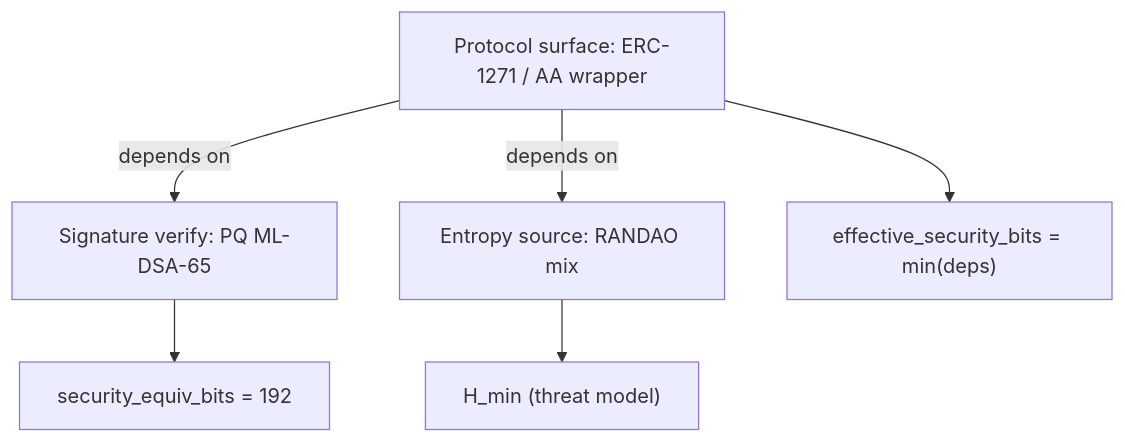
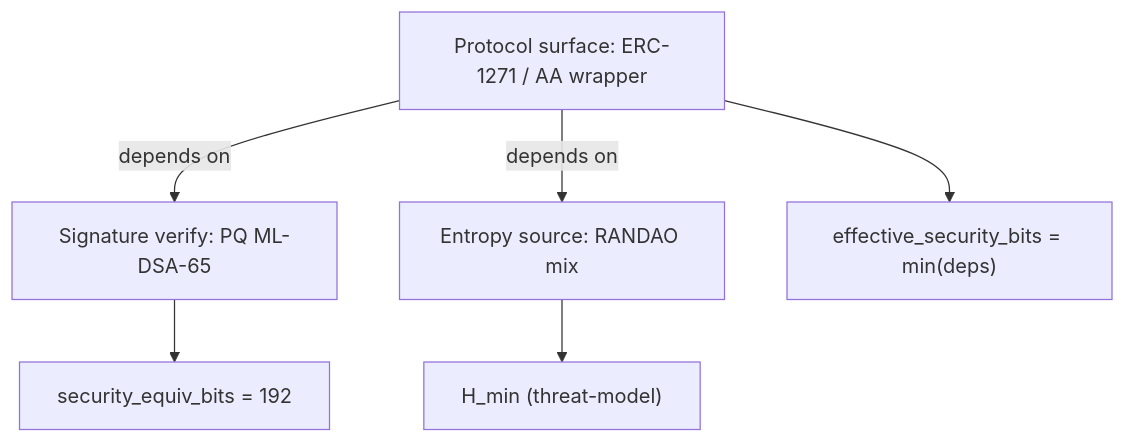
Before and after one commit to pipavlo82/gas-per-secure-bit: the diagram in README.md, drawn with Mermaid.

Commit message:
docs: fix mermaid edge label syntax in README

````diff
--- a/README.md
+++ b/README.md
@@ -135,8 +135,8 @@
 ```mermaid
 graph TD
   A["Protocol surface: ERC-1271 / AA wrapper"] -->|depends on| B["Signature verify: PQ ML-DSA-65"]
   A -->|depends on| C["Entropy source: RANDAO mix"]
   B --> D["security_equiv_bits = 192"]
-  C --> E["H_min (threat model)"]
+  C --> E["H_min (threat-model)"]
   A --> F["effective_security_bits = min(deps)"]
 ```
````
